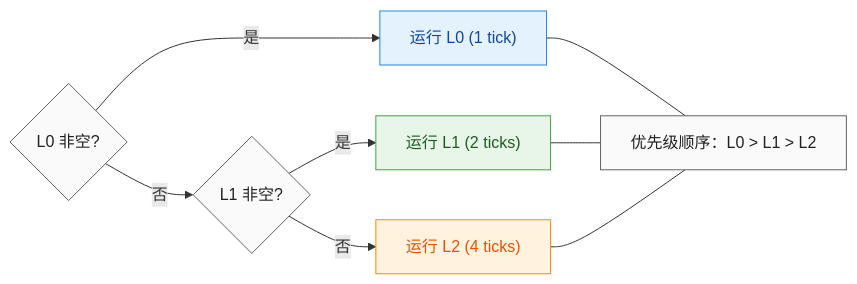
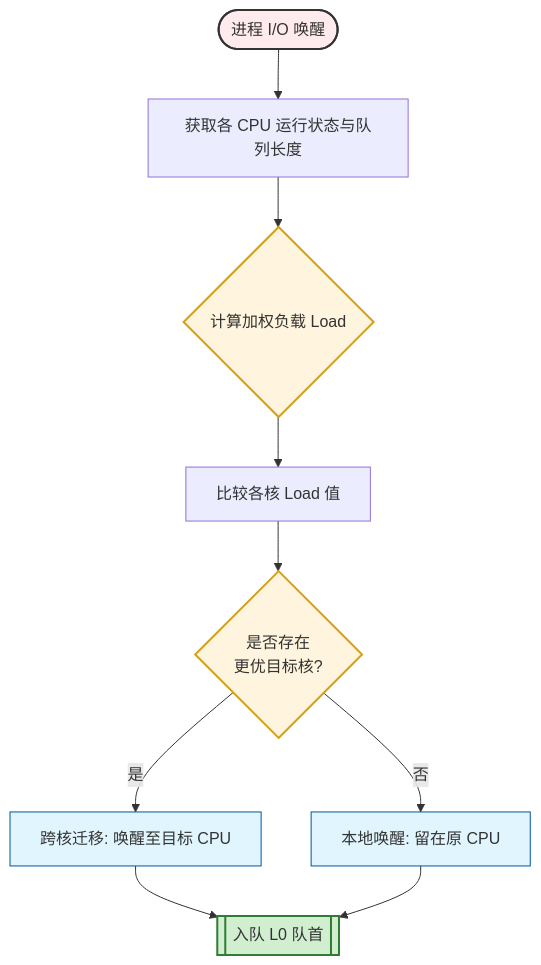
One commit to woobowen/oscompetition changed the third of 4 diagrams in README.md. Above: the diagram before and after it, drawn with Mermaid. The commit also changed other lines of this file and 8 other files, not shown here.

````diff
--- a/README.md
+++ b/README.md
@@ -144,19 +247,21 @@
 ```mermaid
-flowchart LR
-  %% ========== 样式 ==========
-  classDef q0 fill:#E3F2FD,stroke:#1E88E5,stroke-width:1px,color:#0D47A1;
-  classDef q1 fill:#E8F5E9,stroke:#43A047,stroke-width:1px,color:#1B5E20;
-  classDef q2 fill:#FFF3E0,stroke:#FB8C00,stroke-width:1px,color:#E65100;
-  classDef dec fill:#FAFAFA,stroke:#616161,stroke-width:1px,color:#212121;
+flowchart TD
+    Start([进程 I/O 唤醒]) --> Scan[获取各 CPU 运行状态与队列长度]
+    Scan --> Calc{计算加权负载 Load}
+    Calc --> Compare[比较各核 Load 值]
+    Compare --> Decision{是否存在<br/>更优目标核?}
+    
+    Decision -- 是 --> Migrate[跨核迁移: 唤醒至目标 CPU]
+    Decision -- 否 --> Local[本地唤醒: 留在原 CPU]
+    
+    Migrate --> Enqueue[[入队 L0 队首]]
+    Local --> Enqueue
 
-  %% ========== 判定与动作 ==========
-  D0{"L0 非空?"}:::dec -->|是| R0["运行 L0  (1 tick)"]:::q0
-  D0 -->|否| D1{"L1 非空?"}:::dec
-  D1 -->|是| R1["运行 L1  (2 ticks)"]:::q1
-  D1 -->|否| R2["运行 L2  (4 ticks)"]:::q2
-
-  %% ========== 小提示：优先级顺序 ==========
-  R0 --- Hint["优先级顺序：L0 > L1 > L2"]:::dec
-  R1 --- Hint
-  R2 --- Hint
+    %% 样式美化
+    style Start fill:#ffebee,stroke:#333,stroke-width:2px
+    style Decision fill:#fff4dd,stroke:#d4a017,stroke-width:2px
+    style Calc fill:#fff4dd,stroke:#d4a017,stroke-width:2px
+    style Enqueue fill:#d1eed1,stroke:#2e7d32,stroke-width:2px
+    style Migrate fill:#e1f5fe,stroke:#01579b
+    style Local fill:#e1f5fe,stroke:#01579b
 ```
````
